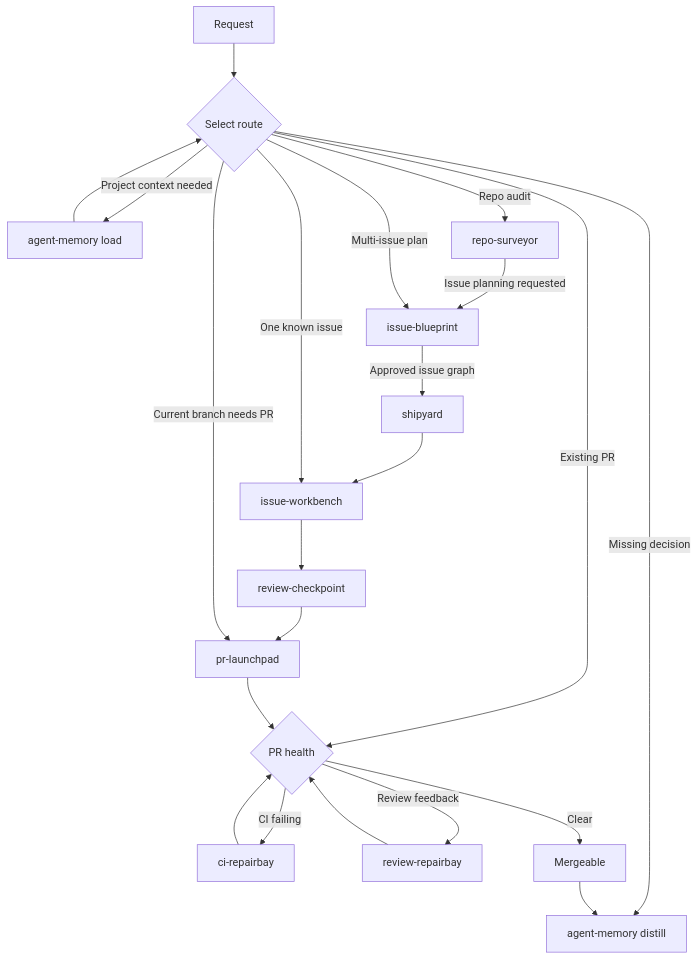
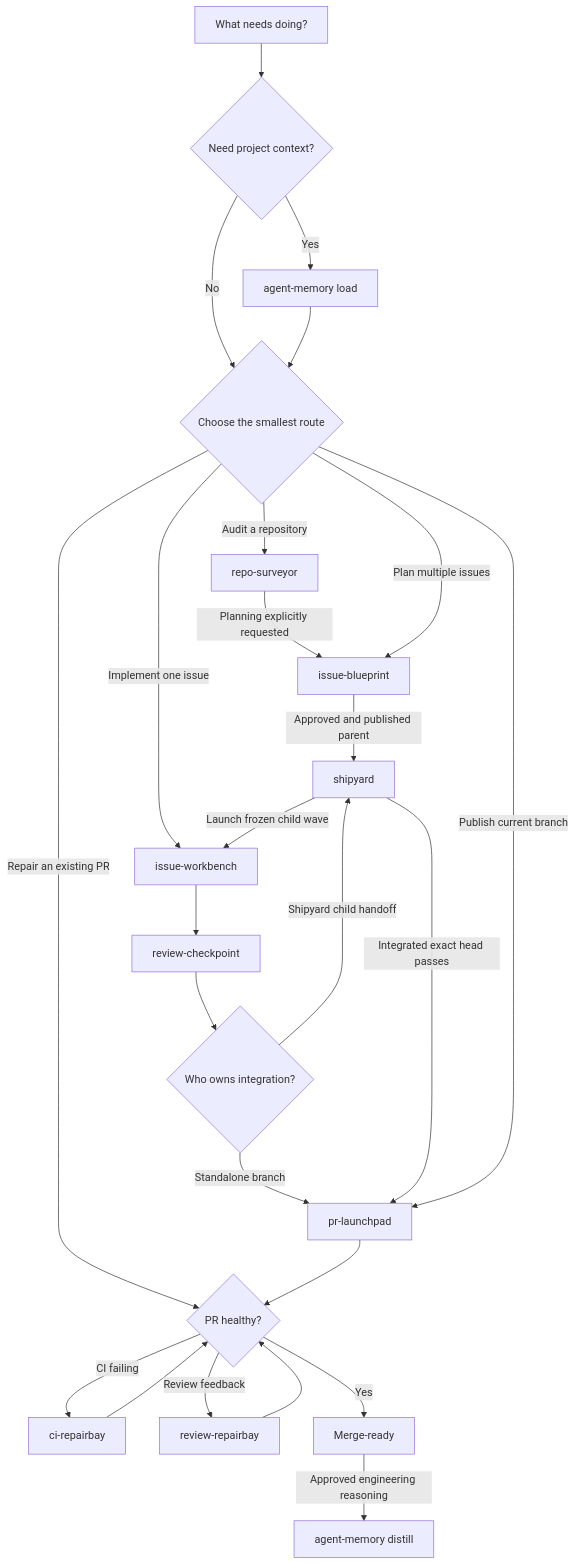
One commit to HenryQW/skills changed the diagram in README.md. Above: the diagram before and after it, drawn with Mermaid. The commit also changed other lines of this file and 31 other files, not shown here.

Commit message:
refactor(workflows): tighten child isolation and batch integration (#39)

````diff
--- a/README.md
+++ b/README.md
@@ -28,24 +36,27 @@
 ```mermaid
 flowchart TD
-  request["Request"] --> route{"Select route"}
-  route -->|Project context needed| load["agent-memory load"]
+  request["What needs doing?"] --> context{"Need project context?"}
+  context -->|Yes| load["agent-memory load"]
+  context -->|No| route{"Choose the smallest route"}
   load --> route
-  route -->|Repo audit| survey["repo-surveyor"]
-  survey -->|Issue planning requested| blueprint["issue-blueprint"]
-  route -->|Multi-issue plan| blueprint
-  blueprint -->|Approved issue graph| shipyard["shipyard"]
-  shipyard --> workbench["issue-workbench"]
-  route -->|One known issue| workbench
+  route -->|Audit a repository| survey["repo-surveyor"]
+  survey -->|Planning explicitly requested| blueprint["issue-blueprint"]
+  route -->|Plan multiple issues| blueprint
+  blueprint -->|Approved and published parent| shipyard["shipyard"]
+  route -->|Implement one issue| workbench["issue-workbench"]
+  shipyard -->|Launch frozen child wave| workbench
   workbench --> checkpoint["review-checkpoint"]
-  checkpoint --> launch["pr-launchpad"]
-  route -->|Current branch needs PR| launch
-  route -->|Existing PR| health{"PR health"}
+  checkpoint --> owner{"Who owns integration?"}
+  owner -->|Standalone branch| launch["pr-launchpad"]
+  owner -->|Shipyard child handoff| shipyard
+  shipyard -->|Integrated exact head passes| launch
+  route -->|Publish current branch| launch
+  route -->|Repair an existing PR| health
   launch --> health
-  health -->|CI failing| ci["ci-repairbay"]
+  health{"PR healthy?"} -->|CI failing| ci["ci-repairbay"]
   ci --> health
   health -->|Review feedback| repair["review-repairbay"]
   repair --> health
-  health -->|Clear| done["Mergeable"]
-  route -->|Missing decision| distill["agent-memory distill"]
-  done --> distill
+  health -->|Yes| done["Merge-ready"]
+  done -->|Approved engineering reasoning| distill["agent-memory distill"]
 ```
````
